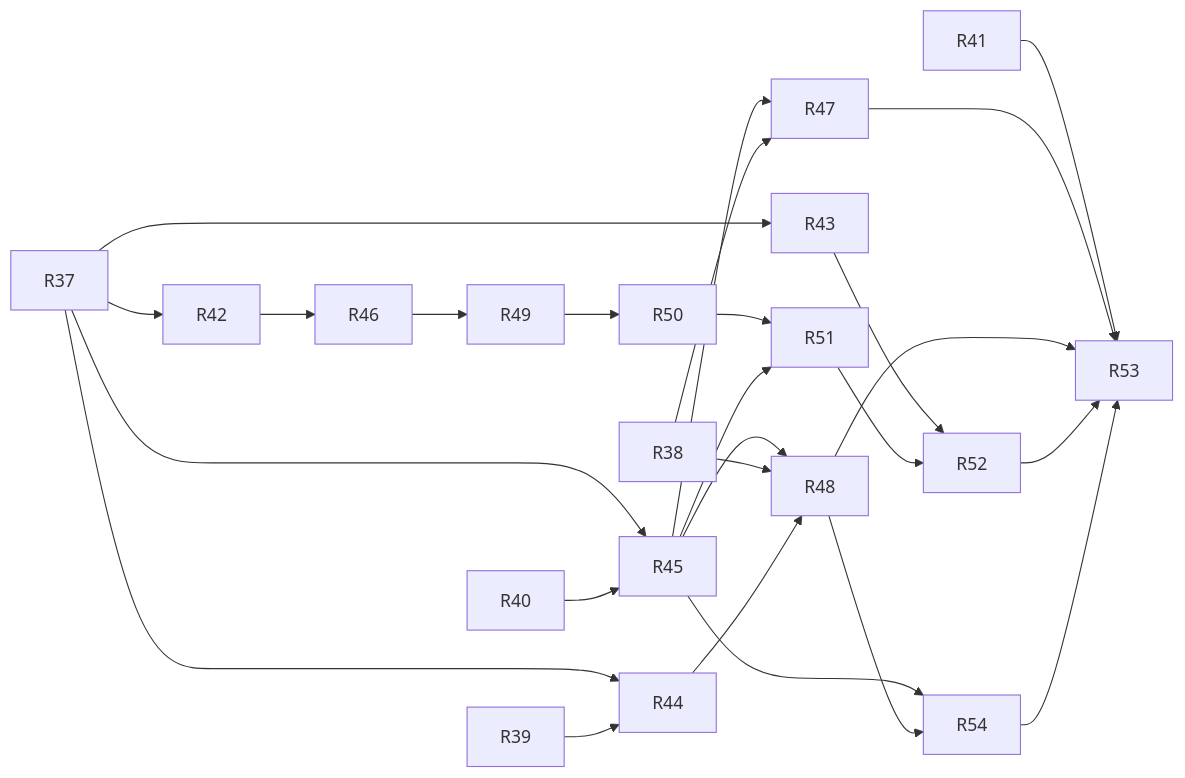
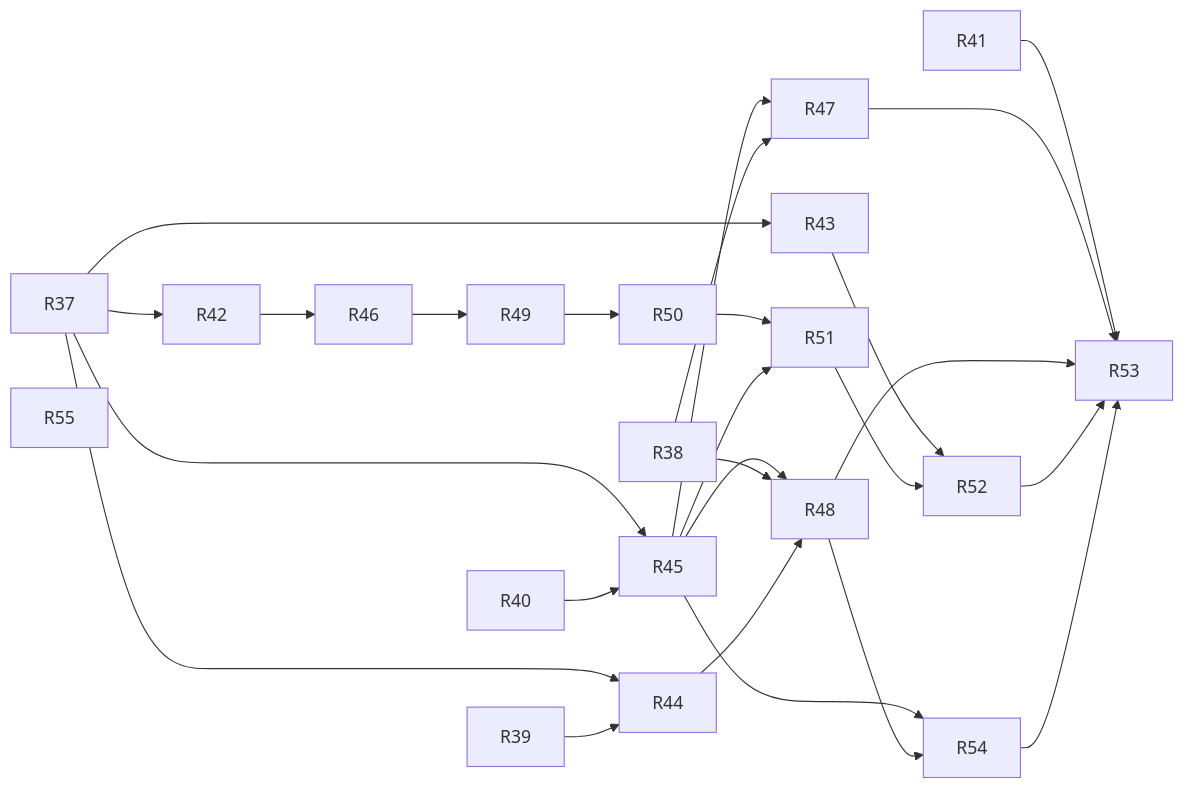
The third of 3 diagrams in TASKS.md (CipoBaruf/what-is-in-your-sky), drawn with Mermaid before and after one commit. The commit also changed other lines of this file, not shown here.

````diff
--- a/TASKS.md
+++ b/TASKS.md
@@ -1100,17 +1117,18 @@
 ```mermaid
 flowchart LR
   R37 --> R42 & R43 & R44 & R45
   R39 --> R44
   R40 --> R45
   R42 --> R46
   R46 --> R49
   R49 --> R50
   R50 --> R51
   R45 --> R47 & R48 & R51
   R38 --> R47 & R48
   R44 --> R48
   R43 --> R52
   R51 --> R52
   R45 & R48 --> R54
   R41 & R47 & R48 & R52 & R54 --> R53
+  R55
 ```
````
